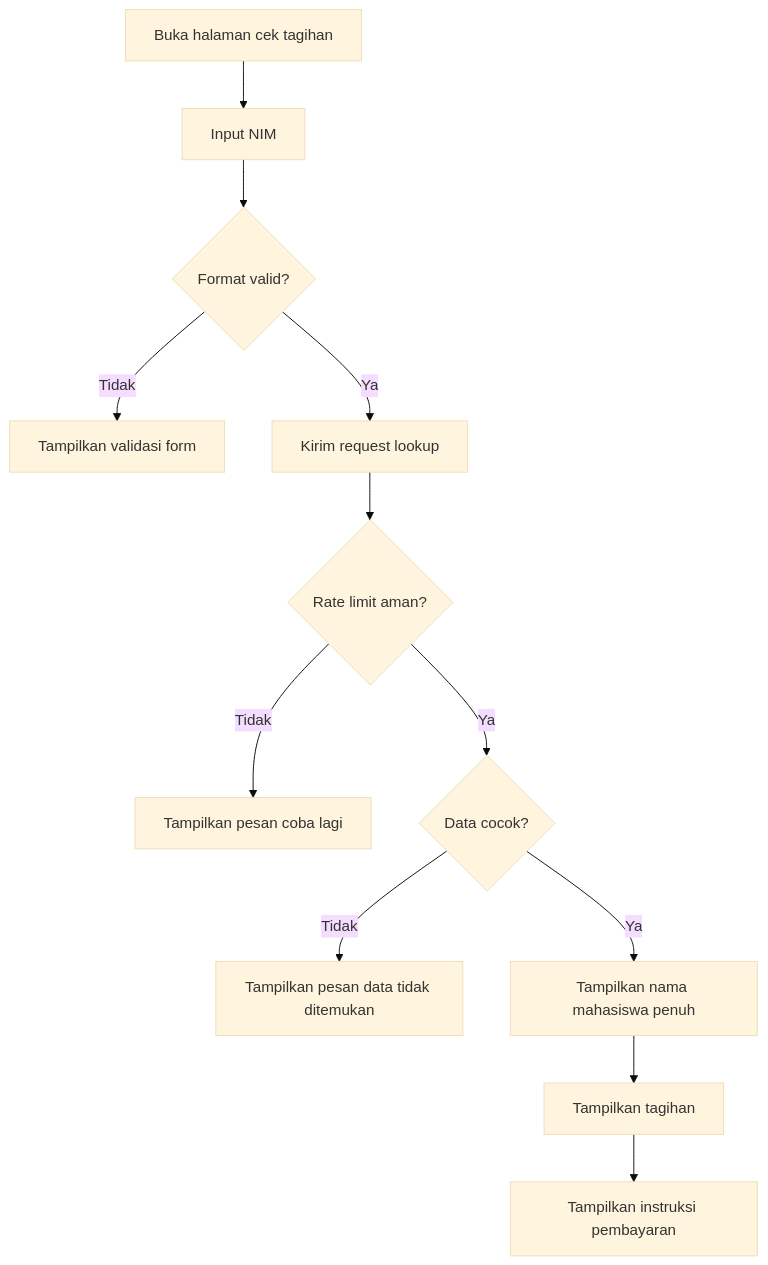
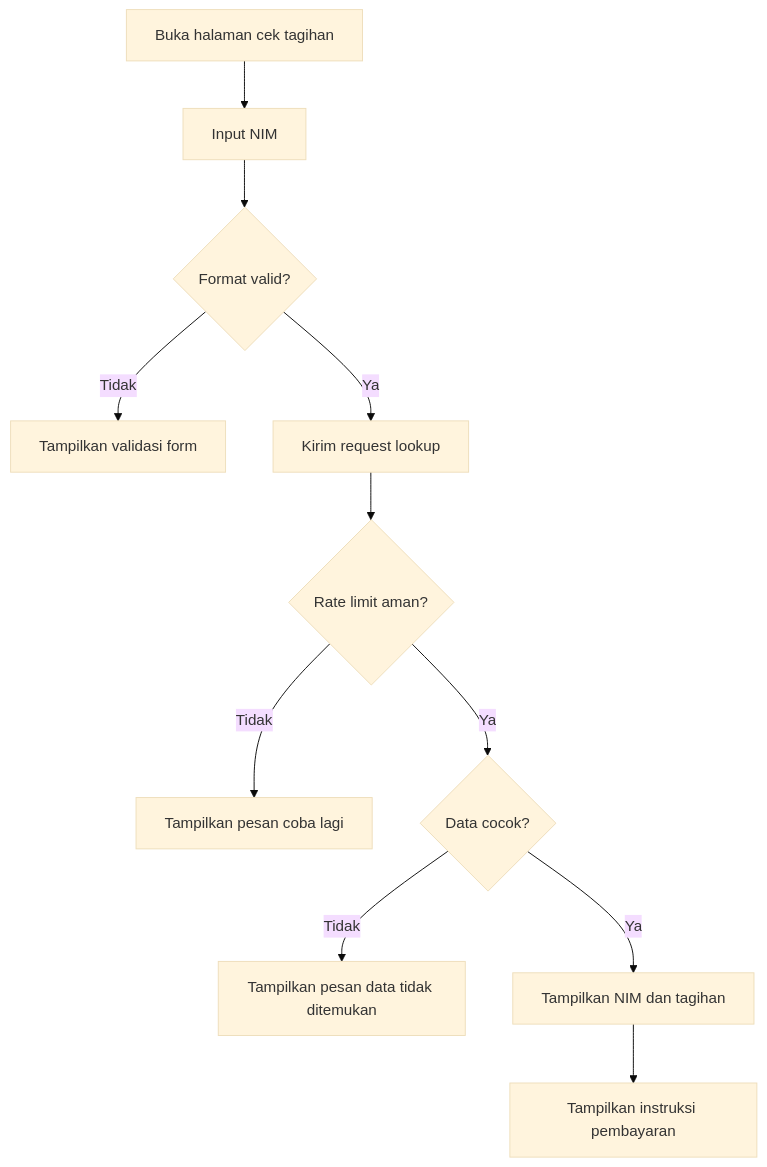
Before and after one commit to mtijan/Salut-Cek-Pembayaran: the fifth of 25 diagrams in docs/03-diagrams.md, drawn with Mermaid (base theme). The commit also changed 22 other files, not shown here.

````diff
--- a/docs/03-diagrams.md
+++ b/docs/03-diagrams.md
@@ -154,14 +154,13 @@
 ```mermaid
 flowchart TD
     A[Buka halaman cek tagihan] --> B[Input NIM]
     B --> D{Format valid?}
     D -->|Tidak| E[Tampilkan validasi form]
     D -->|Ya| F[Kirim request lookup]
     F --> G{Rate limit aman?}
     G -->|Tidak| H[Tampilkan pesan coba lagi]
     G -->|Ya| I{Data cocok?}
     I -->|Tidak| J[Tampilkan pesan data tidak ditemukan]
-    I -->|Ya| K[Tampilkan nama mahasiswa penuh]
-    K --> L[Tampilkan tagihan]
-    L --> M[Tampilkan instruksi pembayaran]
+    I -->|Ya| K[Tampilkan NIM dan tagihan]
+    K --> L[Tampilkan instruksi pembayaran]
 ```
````
